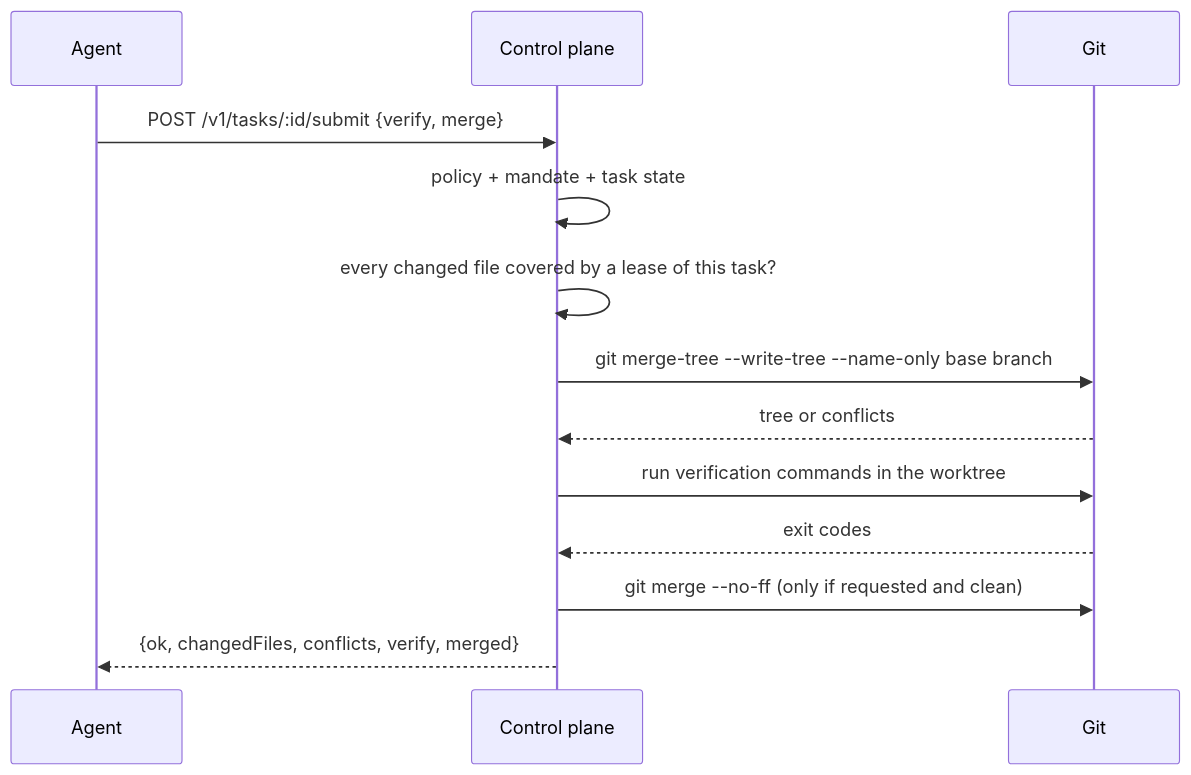
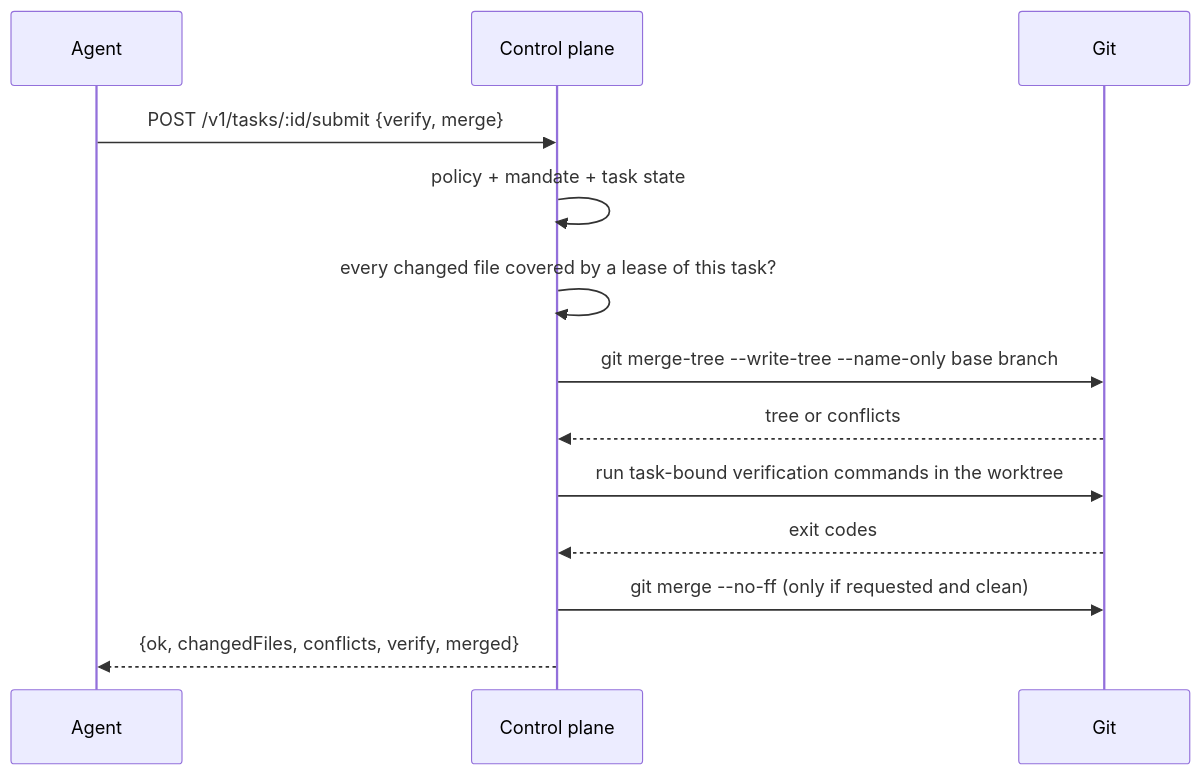
One commit to JustinSian/Teamplane changed the third of 3 diagrams in docs/architecture.md. Above: the diagram before and after it, drawn with Mermaid. The commit also changed other lines of this file and 28 other files, not shown here.

````diff
--- a/docs/architecture.md
+++ b/docs/architecture.md
@@ -124,15 +124,15 @@
 ```mermaid
 sequenceDiagram
   participant Agent
   participant API as Control plane
   participant Git
   Agent->>API: POST /v1/tasks/:id/submit {verify, merge}
   API->>API: policy + mandate + task state
   API->>API: every changed file covered by a lease of this task?
   API->>Git: git merge-tree --write-tree --name-only base branch
   Git-->>API: tree or conflicts
-  API->>Git: run verification commands in the worktree
+  API->>Git: run task-bound verification commands in the worktree
   Git-->>API: exit codes
   API->>Git: git merge --no-ff (only if requested and clean)
   API-->>Agent: {ok, changedFiles, conflicts, verify, merged}
 ```
````
